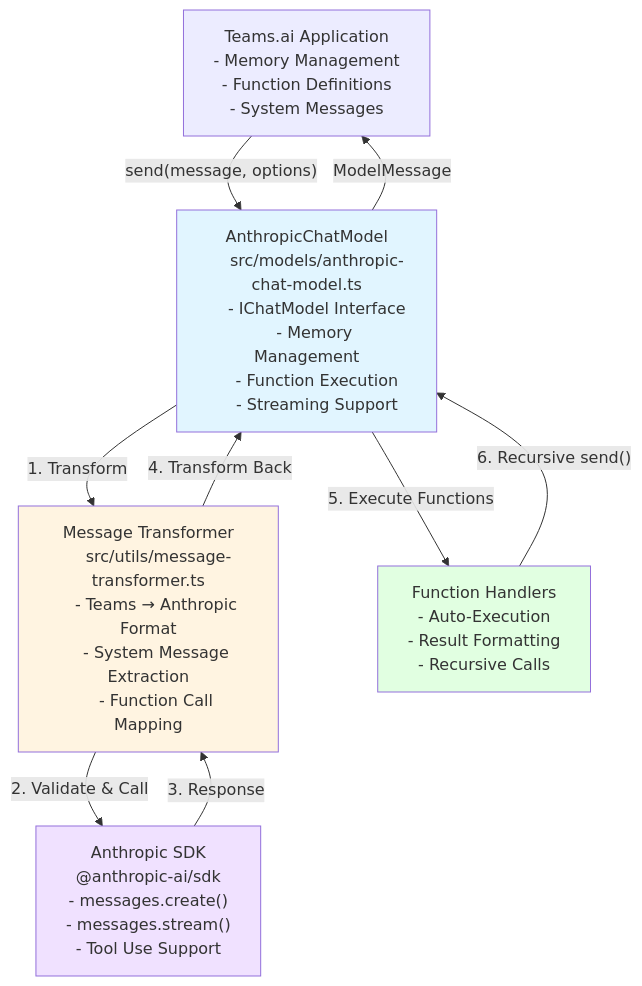
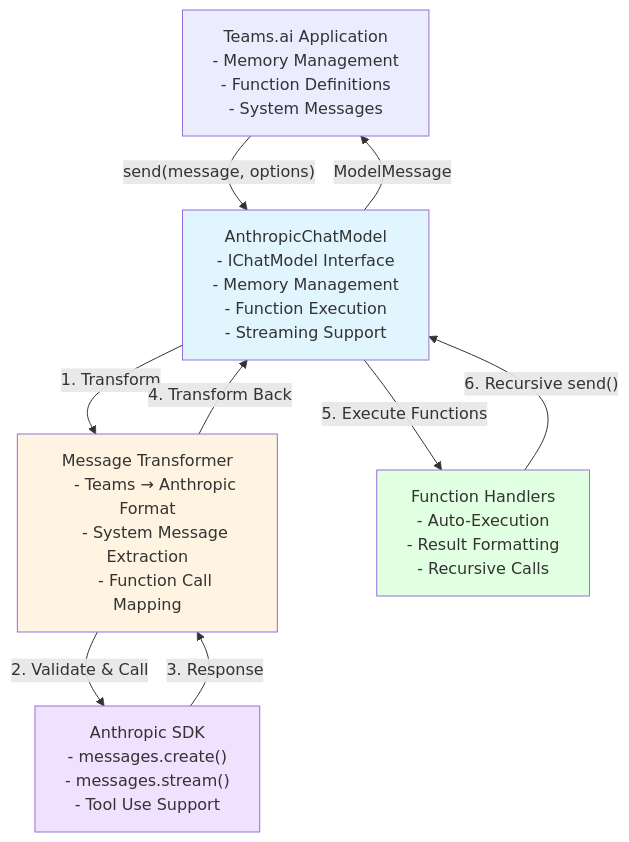
One commit to youdotcom-oss/dx-toolkit changed the diagram in packages/teams-anthropic/AGENTS.md. Above: the diagram before and after it, drawn with Mermaid. The commit also changed other lines of this file and 2 other files, not shown here.

````diff
--- a/packages/teams-anthropic/AGENTS.md
+++ b/packages/teams-anthropic/AGENTS.md
@@ -133,43 +159,40 @@
 ```mermaid
 graph TD
     Client["Teams.ai Application
     - Memory Management
     - Function Definitions
     - System Messages"]
 
     Client -->|"send(message, options)"| ChatModel["AnthropicChatModel
-    src/models/anthropic-chat-model.ts
     - IChatModel Interface
     - Memory Management
     - Function Execution
     - Streaming Support"]
 
     ChatModel -->|"1. Transform"| Transformer["Message Transformer
-    src/utils/message-transformer.ts
     - Teams → Anthropic Format
     - System Message Extraction
     - Function Call Mapping"]
 
     Transformer -->|"2. Validate & Call"| SDK["Anthropic SDK
-    @anthropic-ai/sdk
     - messages.create()
     - messages.stream()
     - Tool Use Support"]
 
     SDK -->|"3. Response"| Transformer
     Transformer -->|"4. Transform Back"| ChatModel
 
     ChatModel -->|"5. Execute Functions"| Functions["Function Handlers
     - Auto-Execution
     - Result Formatting
     - Recursive Calls"]
 
     Functions -->|"6. Recursive send()"| ChatModel
 
     ChatModel -->|"ModelMessage"| Client
 
     style ChatModel fill:#e1f5ff
     style Transformer fill:#fff4e1
     style SDK fill:#f0e1ff
     style Functions fill:#e1ffe1
 ```
````
